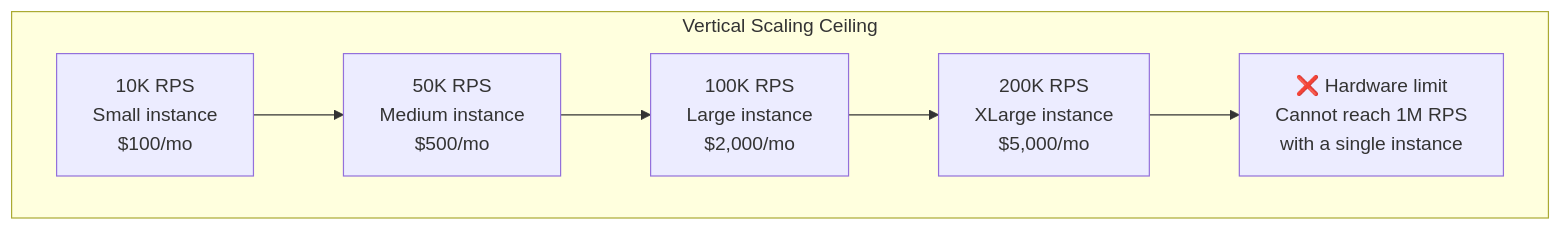
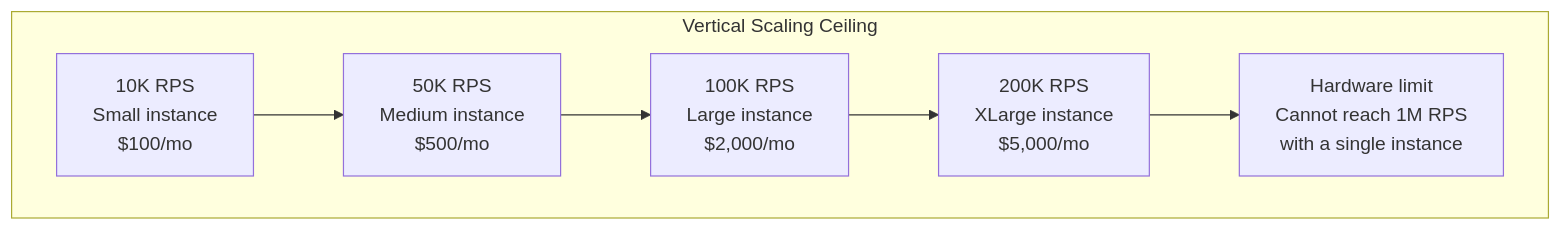
One commit to Vtheonly/Obsidian_Notes changed the second of 2 diagrams in SWE/System Design/1 Million RPS Knowledge/Chapter 11. Database Scaling Strategies/11.1 Vertical Scaling.md. Above: the diagram before and after it, drawn with Mermaid. The commit also changed 1506 other files, not shown here.

````diff
--- a/SWE/System Design/1 Million RPS Knowledge/Chapter 11. Database Scaling Strategies/11.1 Vertical Scaling.md
+++ b/SWE/System Design/1 Million RPS Knowledge/Chapter 11. Database Scaling Strategies/11.1 Vertical Scaling.md
@@ -93,9 +93,9 @@
 ```mermaid
 graph TD
     subgraph "Vertical Scaling Ceiling"
         A["10K RPS<br/>Small instance<br/>$100/mo"] --> B["50K RPS<br/>Medium instance<br/>$500/mo"]
         B --> C["100K RPS<br/>Large instance<br/>$2,000/mo"]
         C --> D["200K RPS<br/>XLarge instance<br/>$5,000/mo"]
-        D --> E["❌ Hardware limit<br/>Cannot reach 1M RPS<br/>with a single instance"]
+        D --> E[" Hardware limit<br/>Cannot reach 1M RPS<br/>with a single instance"]
     end
 ```
````
